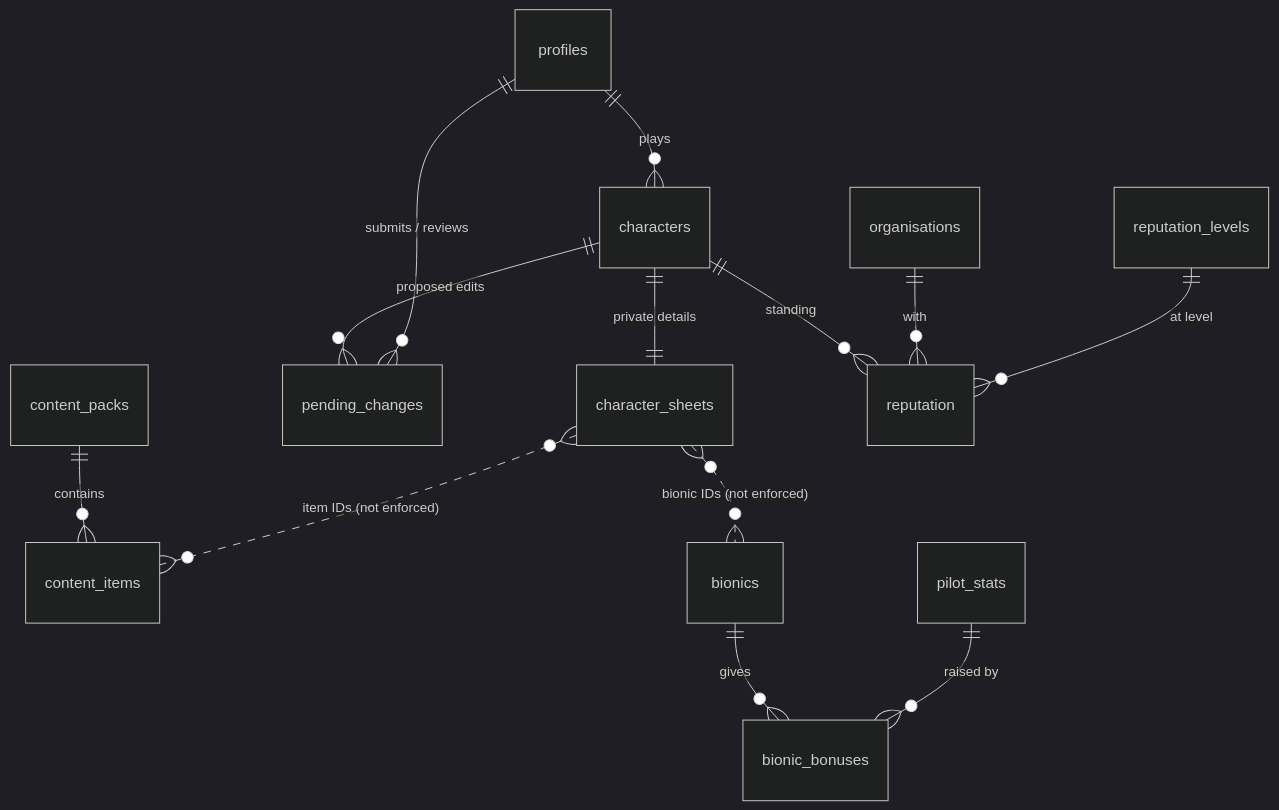
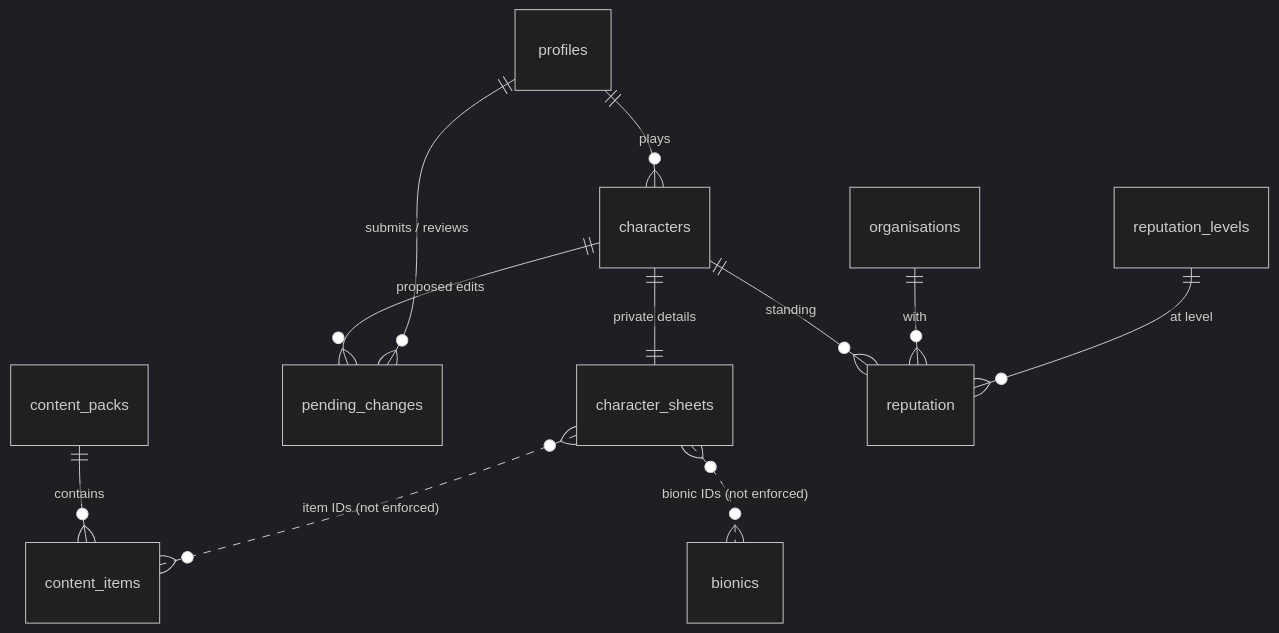
Before and after one commit to tayjl/lancer-site: the diagram in docs/database-sketch.md, drawn with Mermaid (dark theme). The commit also changed other lines of this file and 13 other files, not shown here.

````diff
--- a/docs/database-sketch.md
+++ b/docs/database-sketch.md
@@ -14,15 +14,13 @@
 ```mermaid
 erDiagram
   profiles ||--o{ characters : "plays"
   characters ||--|| character_sheets : "private details"
   characters ||--o{ pending_changes : "proposed edits"
   profiles ||--o{ pending_changes : "submits / reviews"
   content_packs ||--o{ content_items : "contains"
-  bionics ||--o{ bionic_bonuses : "gives"
-  pilot_stats ||--o{ bionic_bonuses : "raised by"
   characters ||--o{ reputation : "standing"
   organisations ||--o{ reputation : "with"
   reputation_levels ||--o{ reputation : "at level"
   character_sheets }o..o{ content_items : "item IDs (not enforced)"
   character_sheets }o..o{ bionics : "bionic IDs (not enforced)"
 ```
````
